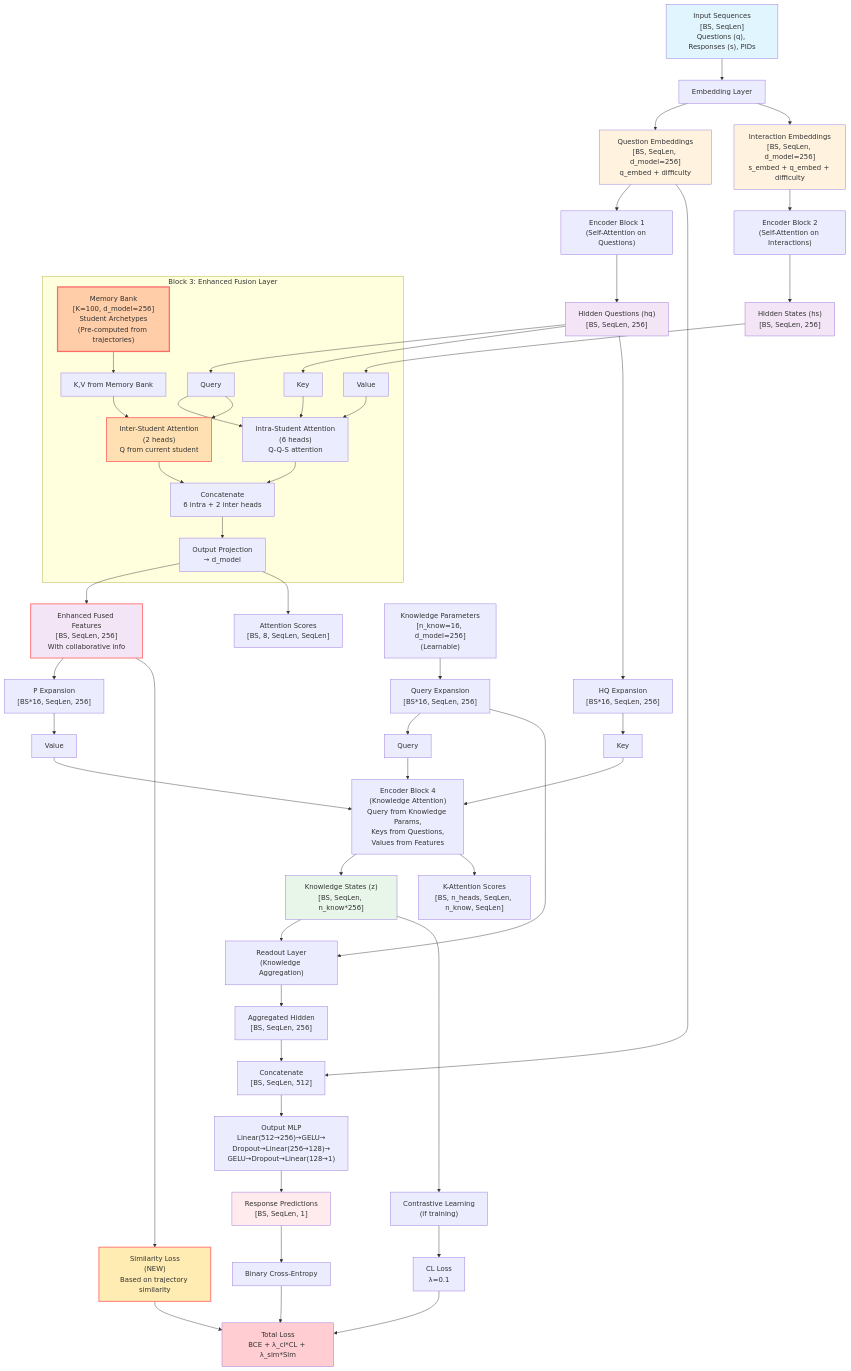
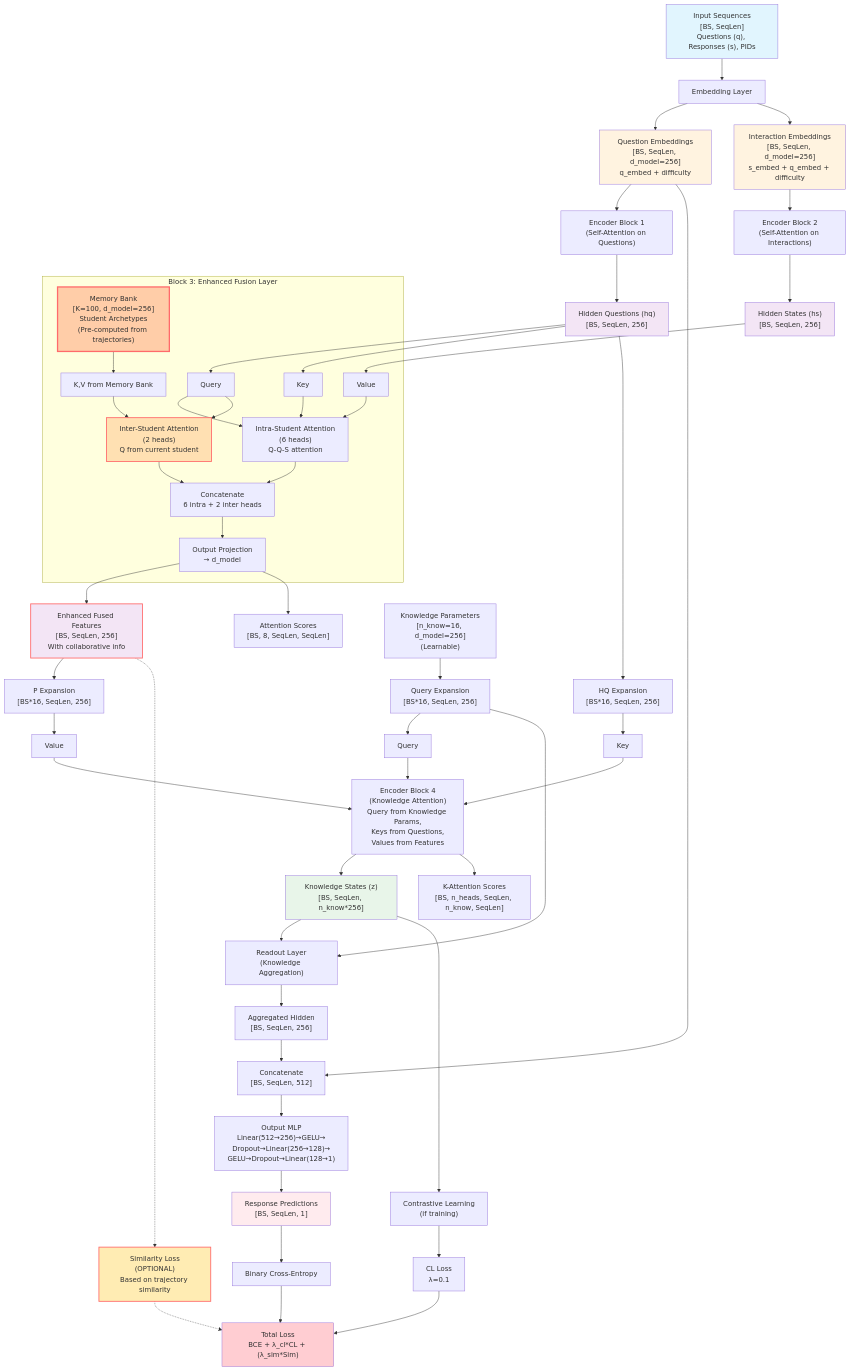
One commit to clabra/pykt-toolkit changed the eighth of 10 diagrams in assistant/simakt.md. Above: the diagram before and after it, drawn with Mermaid. The commit also changed other lines of this file, not shown here.

Commit message:
doc: to-be architecture diagram - must and nice to have

```diff
--- a/assistant/simakt.md
+++ b/assistant/simakt.md
@@ -1183,14 +1245,14 @@
     Z --> CL["Contrastive Learning<br/>(if training)"]
     CL --> CLLoss["CL Loss<br/>λ=0.1"]
     
-    %% Similarity Loss (NEW)
-    P --> SimLoss["Similarity Loss<br/>(NEW)<br/>Based on trajectory similarity"]
+    %% Similarity Loss (OPTIONAL)
+    P -.-> SimLoss["Similarity Loss<br/>(OPTIONAL)<br/>Based on trajectory similarity"]
     
     %% Loss Computation
     Logits --> BCE["Binary Cross-Entropy"]
-    BCE --> TotalLoss["Total Loss<br/>BCE + λ_cl*CL + λ_sim*Sim"]
+    BCE --> TotalLoss["Total Loss<br/>BCE + λ_cl*CL + (λ_sim*Sim)"]
     CLLoss --> TotalLoss
-    SimLoss --> TotalLoss
+    SimLoss -.-> TotalLoss
     
     %% Styling
     style Input fill:#e1f5fe
```
